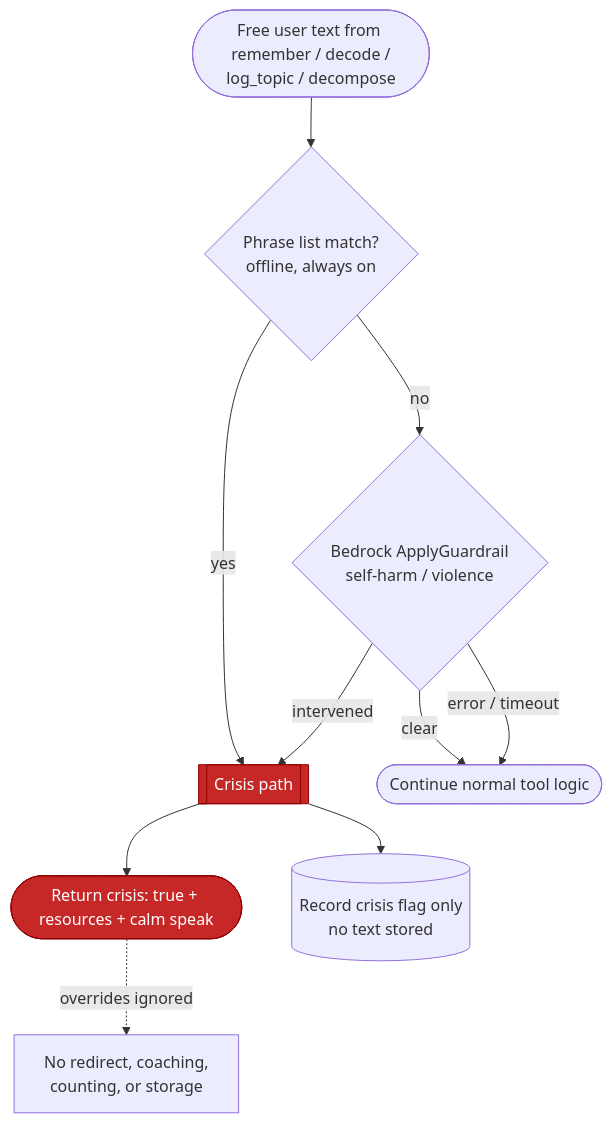
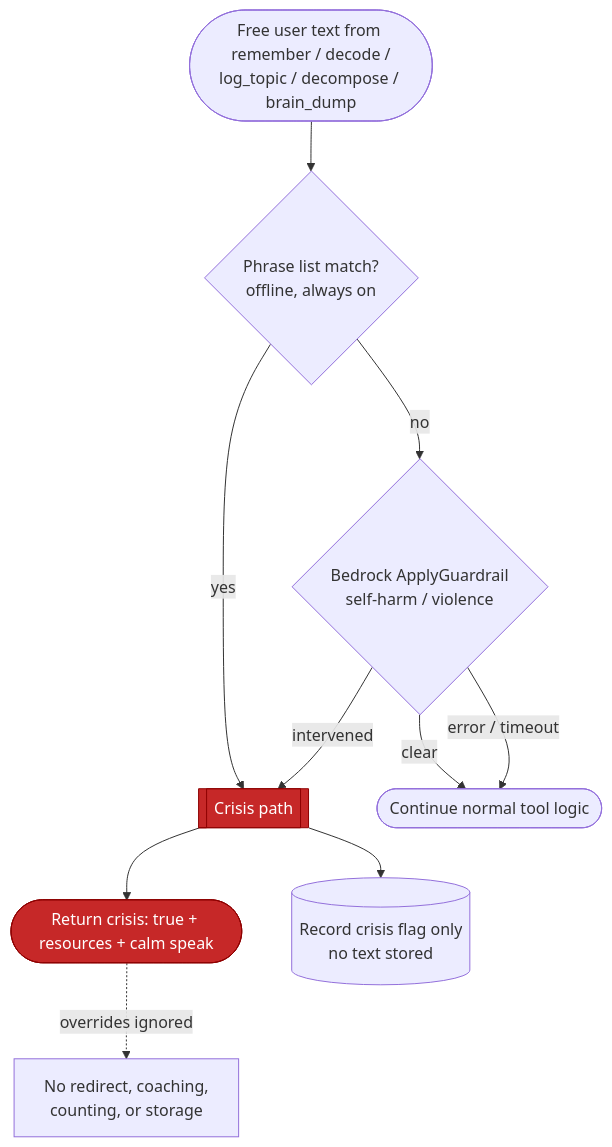
Before and after one commit to navinrc/NeuroCare: the sixth of 9 diagrams in docs/spec.md, drawn with Mermaid. The commit also changed other lines of this file, not shown here.

````diff
--- a/docs/spec.md
+++ b/docs/spec.md
@@ -415,15 +462,15 @@
 ```mermaid
 flowchart TD
-    T([Free user text from remember / decode /<br/>log_topic / decompose]) --> K{Phrase list match?<br/>offline, always on}
+    T([Free user text from remember / decode /<br/>log_topic / decompose / brain_dump]) --> K{Phrase list match?<br/>offline, always on}
     K -- yes --> HIT
     K -- no --> G{Bedrock ApplyGuardrail<br/>self-harm / violence}
     G -- intervened --> HIT
     G -- clear --> CONT([Continue normal tool logic])
     G -- error / timeout --> CONT
     HIT[[Crisis path]] --> R([Return crisis: true + resources + calm speak])
     HIT --> F[(Record crisis flag only<br/>no text stored)]
     R -.->|overrides ignored| X[No redirect, coaching,<br/>counting, or storage]
 
     classDef crisis fill:#C62828,stroke:#8E0000,color:#FFFFFF
     class HIT,R crisis
 ```
````
